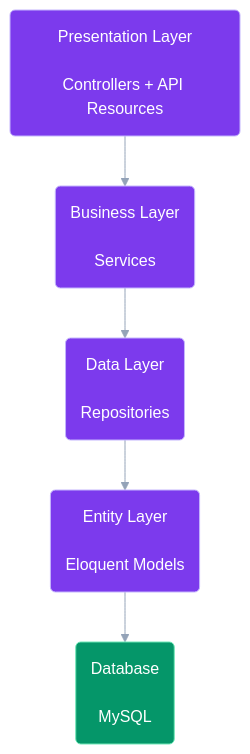
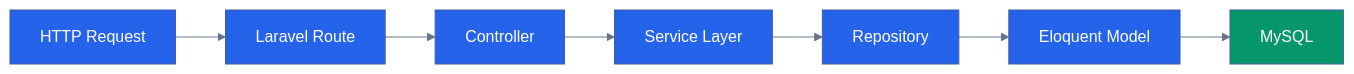
One commit to kupiMZS/CareerIQ-AI changed the second of 28 diagrams in documentation/06-backend-development-plan.md. Above: the diagram before and after it, drawn with Mermaid. The commit also changed other lines of this file and 9 other files, not shown here.

Commit message:
docs: finalize complete system documentation and architecture foundation

````diff
--- a/documentation/06-backend-development-plan.md
+++ b/documentation/06-backend-development-plan.md
@@ -421,50 +325,60 @@
 ```mermaid
 %%{init:{
-'theme':'base',
-'themeVariables':{
-'fontFamily':'Inter',
-'lineColor':'#94A3B8'
+"theme":"base",
+"themeVariables":{
+"primaryColor":"#2563EB",
+"primaryTextColor":"#FFFFFF",
+"lineColor":"#64748B"
 }
 }}%%
 
 
-flowchart TB
+flowchart LR
 
 
-PRESENTATION("Presentation Layer<br/><br/>Controllers + API Resources")
+REQUEST["HTTP Request"]
 
 
-BUSINESS("Business Layer<br/><br/>Services")
+ROUTE["Laravel Route"]
 
 
-DATA("Data Layer<br/><br/>Repositories")
+CONTROLLER["Controller"]
 
 
-ENTITY("Entity Layer<br/><br/>Eloquent Models")
+SERVICE["Service Layer"]
 
 
-DATABASE("Database<br/><br/>MySQL")
+REPOSITORY["Repository"]
+
+
+MODEL["Eloquent Model"]
+
+
+DATABASE["MySQL"]
 
 
 
-PRESENTATION --> BUSINESS
+REQUEST --> ROUTE
 
-BUSINESS --> DATA
+ROUTE --> CONTROLLER
 
-DATA --> ENTITY
+CONTROLLER --> SERVICE
 
-ENTITY --> DATABASE
+SERVICE --> REPOSITORY
+
+REPOSITORY --> MODEL
+
+MODEL --> DATABASE
 
 
 
-classDef layer fill:#7C3AED,stroke:#C4B5FD,color:#FFFFFF;
+classDef backend fill:#2563EB,color:white;
 
-classDef database fill:#059669,stroke:#6EE7B7,color:#FFFFFF;
+classDef database fill:#059669,color:white;
 
 
-
-class PRESENTATION,BUSINESS,DATA,ENTITY layer;
+class ROUTE,CONTROLLER,SERVICE,REPOSITORY,MODEL backend;
 
 class DATABASE database;
 
 ```
````
